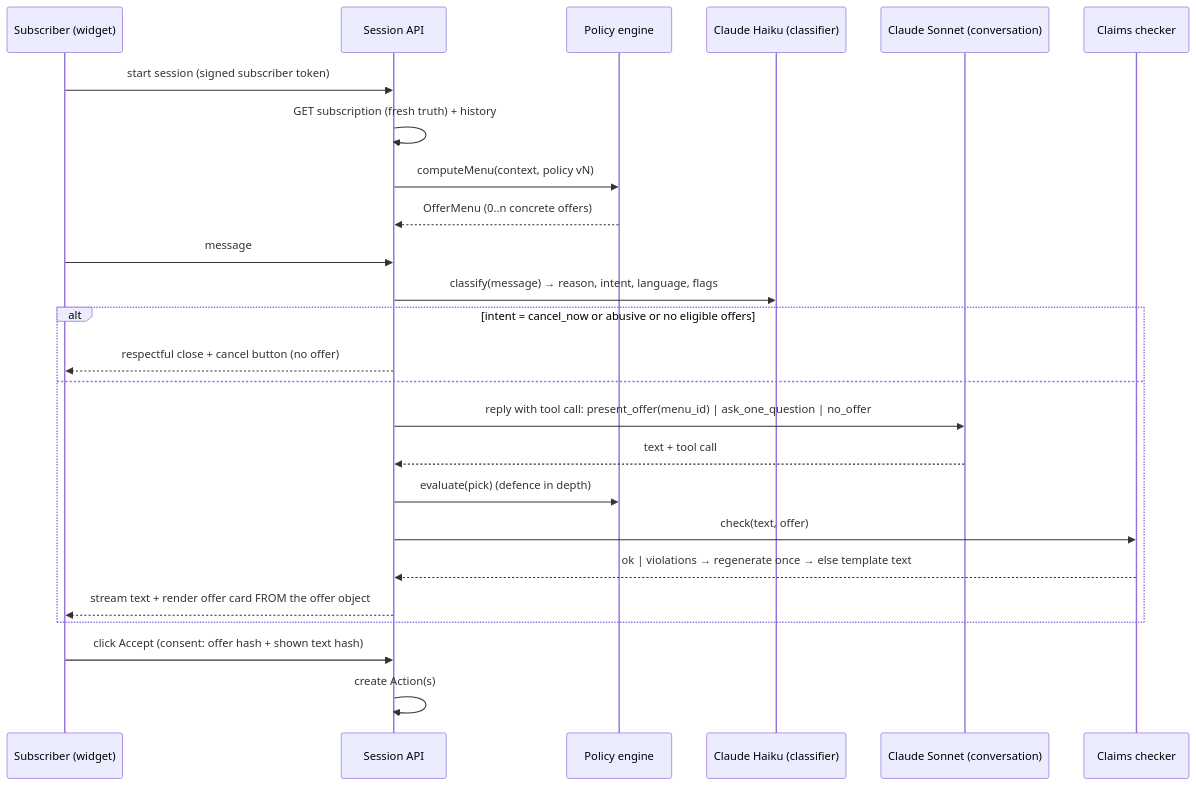
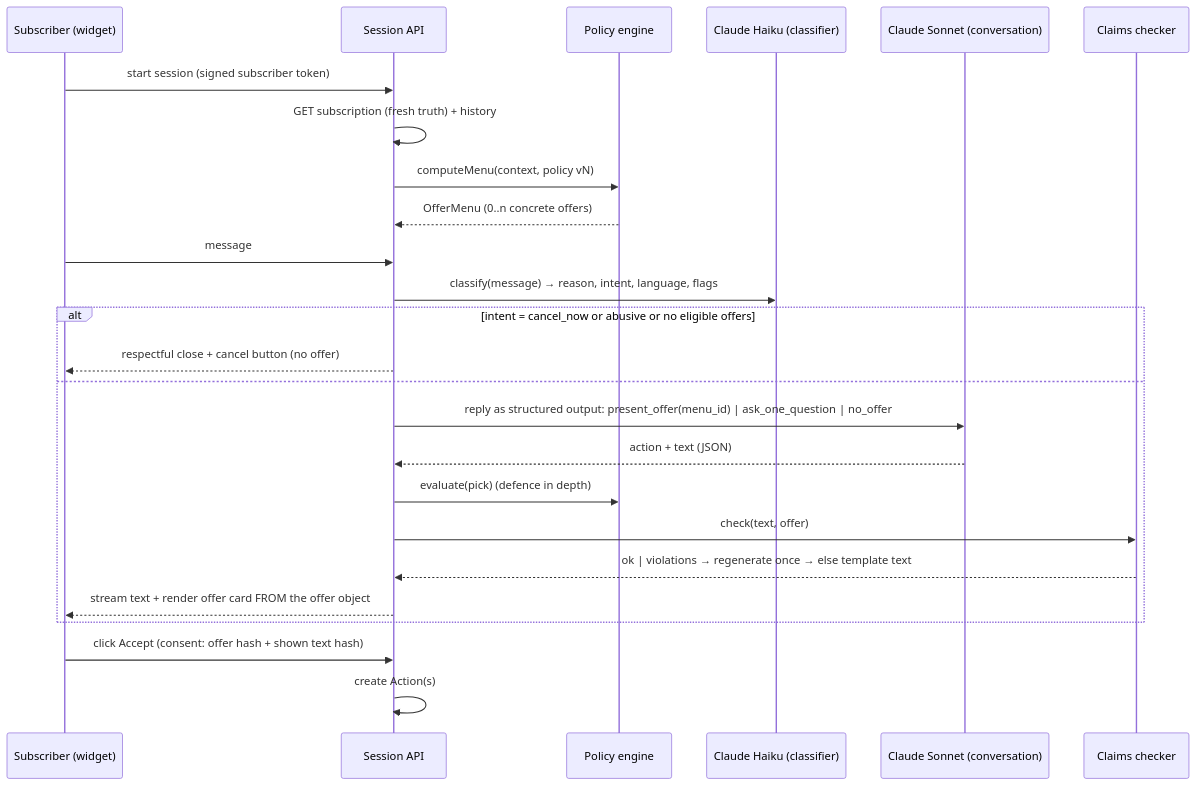
The third of 4 diagrams in docs/ARCHITECTURE.md (NotArnav03/keepwell), drawn with Mermaid before and after one commit. The commit also changed other lines of this file and 7 other files, not shown here.

````diff
--- a/docs/ARCHITECTURE.md
+++ b/docs/ARCHITECTURE.md
@@ -289,27 +289,27 @@
 ```mermaid
 sequenceDiagram
   participant S as Subscriber (widget)
   participant API as Session API
   participant PO as Policy engine
   participant H as Claude Haiku (classifier)
   participant SO as Claude Sonnet (conversation)
   participant CC as Claims checker
   S->>API: start session (signed subscriber token)
   API->>API: GET subscription (fresh truth) + history
   API->>PO: computeMenu(context, policy vN)
   PO-->>API: OfferMenu (0..n concrete offers)
   S->>API: message
   API->>H: classify(message) → reason, intent, language, flags
   alt intent = cancel_now or abusive or no eligible offers
     API-->>S: respectful close + cancel button (no offer)
   else
-    API->>SO: reply with tool call: present_offer(menu_id) | ask_one_question | no_offer
-    SO-->>API: text + tool call
+    API->>SO: reply as structured output: present_offer(menu_id) | ask_one_question | no_offer
+    SO-->>API: action + text (JSON)
     API->>PO: evaluate(pick) (defence in depth)
     API->>CC: check(text, offer)
     CC-->>API: ok | violations → regenerate once → else template text
     API-->>S: stream text + render offer card FROM the offer object
   end
   S->>API: click Accept (consent: offer hash + shown text hash)
   API->>API: create Action(s)
 ```
````
